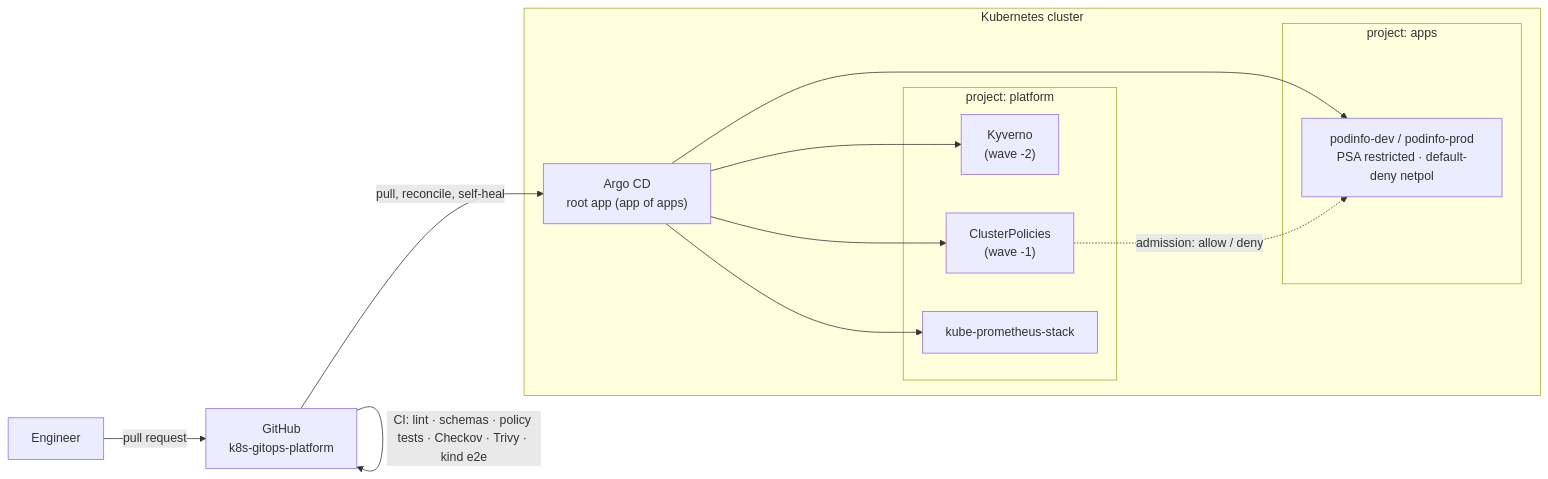
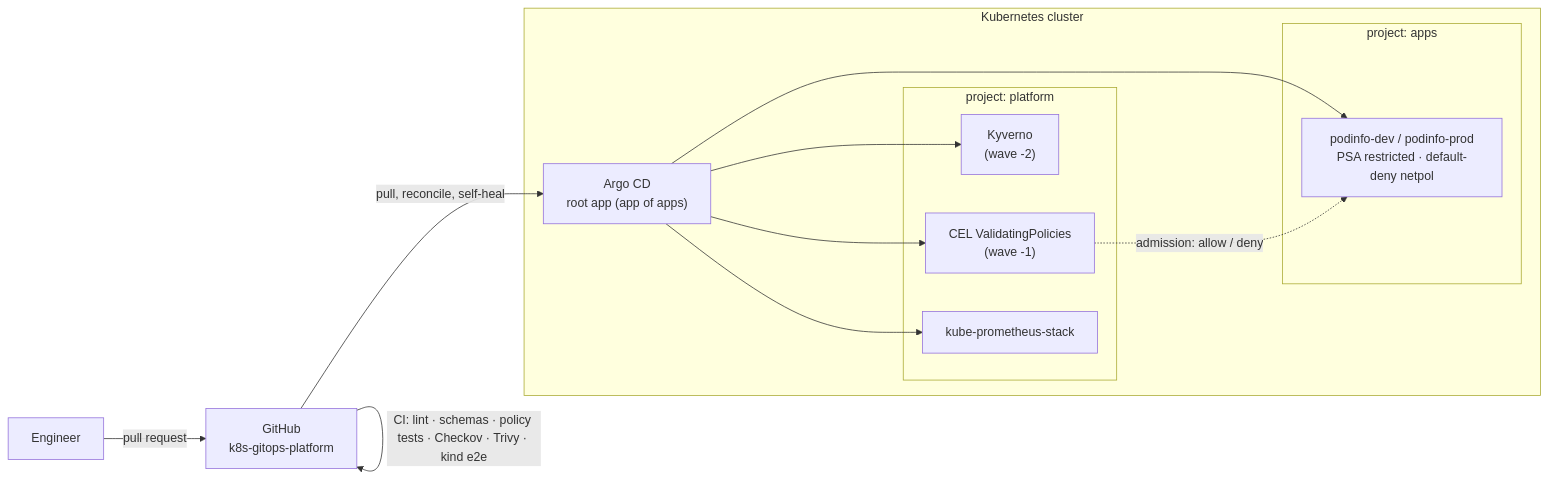
The diagram in README.md (Z-mac-debug/k8s-gitops-platform), drawn with Mermaid before and after one commit. The commit also changed other lines of this file and 10 other files, not shown here.

Commit message:
Migrate Kyverno policies from ClusterPolicy to CEL ValidatingPolicy (v1)

````diff
--- a/README.md
+++ b/README.md
@@ -17,19 +17,19 @@
 ```mermaid
 flowchart LR
     DEV["Engineer"] -- "pull request" --> GIT["GitHub<br/>k8s-gitops-platform"]
     GIT -- "CI: lint · schemas · policy tests · Checkov · Trivy · kind e2e" --> GIT
     subgraph CLUSTER["Kubernetes cluster"]
         ARGO["Argo CD<br/>root app (app of apps)"]
         subgraph PLATFORM["project: platform"]
             KYV["Kyverno<br/>(wave -2)"]
-            POL["ClusterPolicies<br/>(wave -1)"]
+            POL["CEL ValidatingPolicies<br/>(wave -1)"]
             MON["kube-prometheus-stack"]
         end
         subgraph APPS["project: apps"]
             POD["podinfo-dev / podinfo-prod<br/>PSA restricted · default-deny netpol"]
         end
     end
     GIT -- "pull, reconcile, self-heal" --> ARGO
     ARGO --> KYV & POL & MON & POD
     POL -. "admission: allow / deny" .-> POD
 ```
````
